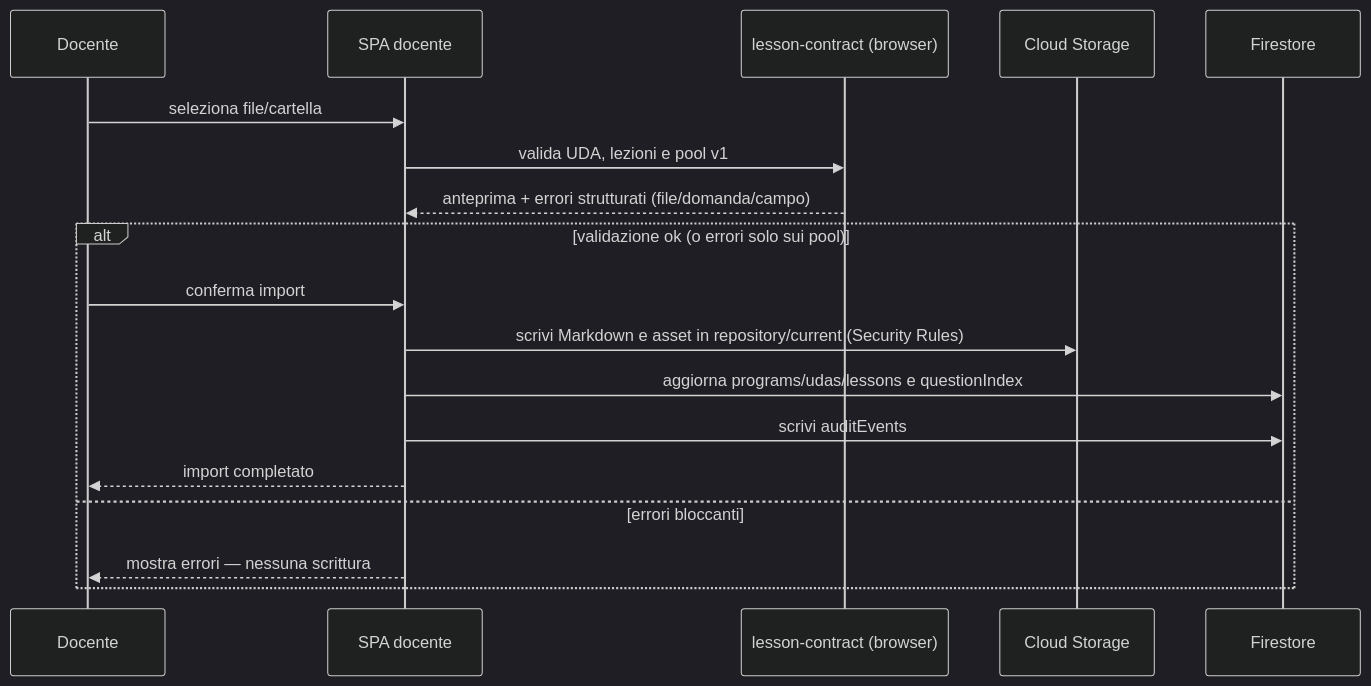
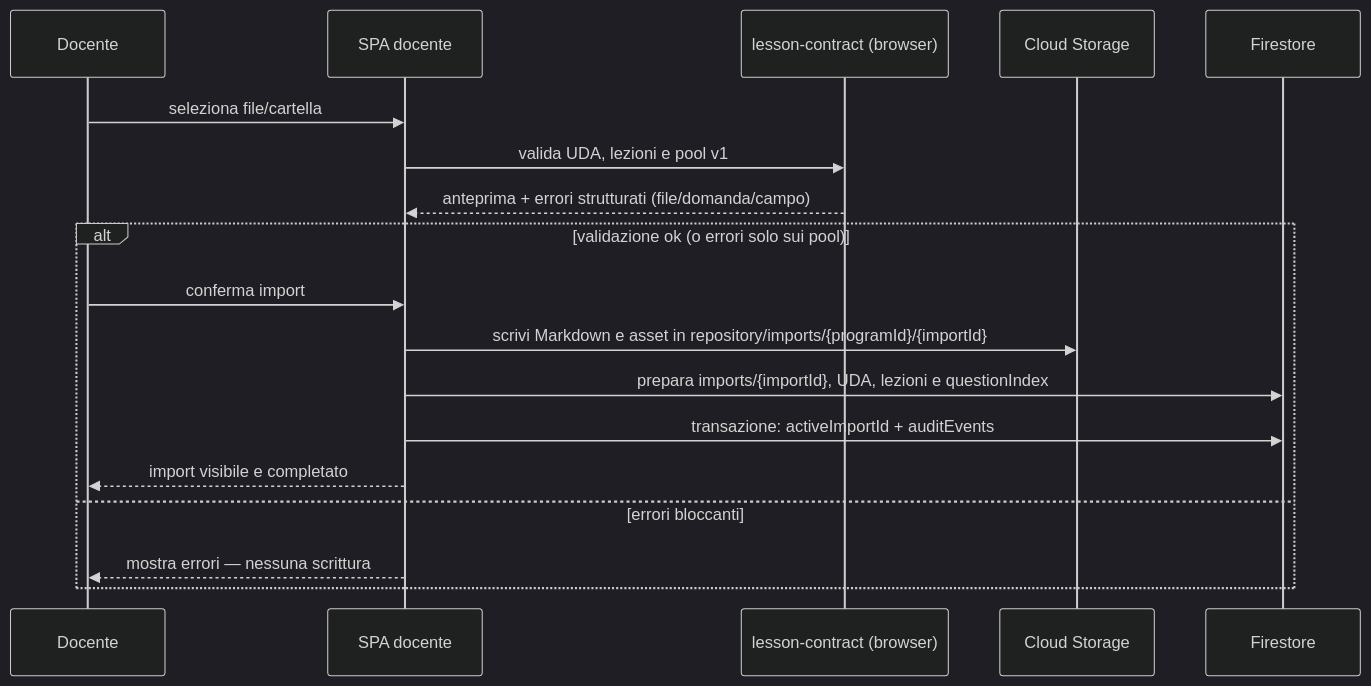
Before and after one commit to EnricoPaparo/SchoolForge: the diagram in documentazione/diagrammi/sequence-import-lezione.md, drawn with Mermaid (dark theme). The commit also changed other lines of this file and 15 other files, not shown here.

````diff
--- a/documentazione/diagrammi/sequence-import-lezione.md
+++ b/documentazione/diagrammi/sequence-import-lezione.md
@@ -3,22 +3,22 @@
 ```mermaid
 sequenceDiagram
     participant D as Docente
     participant SPA as SPA docente
     participant LC as lesson-contract (browser)
     participant CS as Cloud Storage
     participant F as Firestore
 
     D->>SPA: seleziona file/cartella
     SPA->>LC: valida UDA, lezioni e pool v1
     LC-->>SPA: anteprima + errori strutturati (file/domanda/campo)
 
     alt validazione ok (o errori solo sui pool)
         D->>SPA: conferma import
-        SPA->>CS: scrivi Markdown e asset in repository/current (Security Rules)
-        SPA->>F: aggiorna programs/udas/lessons e questionIndex
-        SPA->>F: scrivi auditEvents
-        SPA-->>D: import completato
+        SPA->>CS: scrivi Markdown e asset in repository/imports/{programId}/{importId}
+        SPA->>F: prepara imports/{importId}, UDA, lezioni e questionIndex
+        SPA->>F: transazione: activeImportId + auditEvents
+        SPA-->>D: import visibile e completato
     else errori bloccanti
         SPA-->>D: mostra errori — nessuna scrittura
     end
 ```
````
